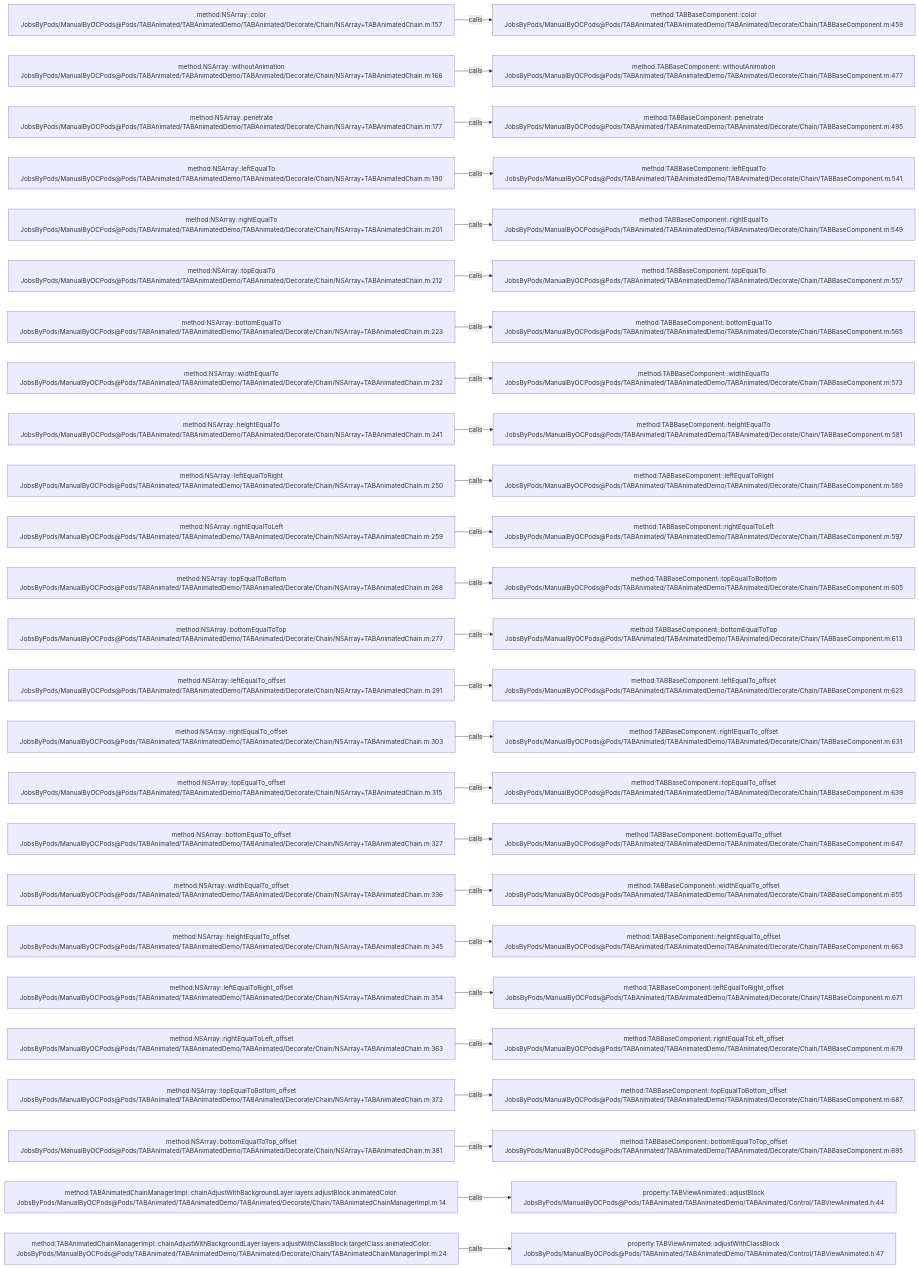
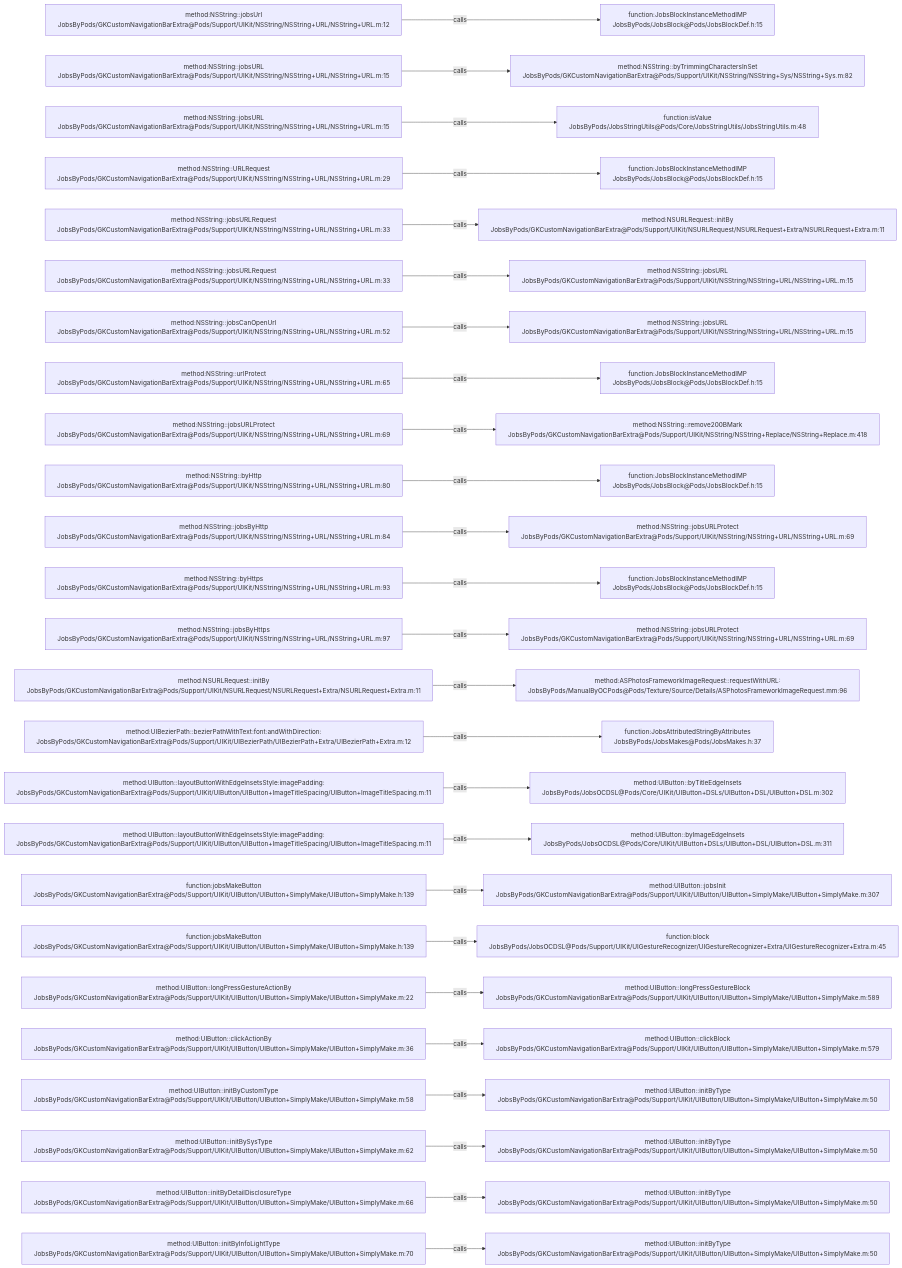
Before and after one commit to JobsKits/JobsOCBaseConfigDemo: the diagram in .codegraph/codegraph.md/graphs/calls-020.md, drawn with Mermaid. The commit also changed 768 other files, not shown here.

````diff
--- a/.codegraph/codegraph.md/graphs/calls-020.md
+++ b/.codegraph/codegraph.md/graphs/calls-020.md
@@ -13,78 +13,78 @@
 ```mermaid
 flowchart LR
-  S1["method:NSArray::color<br/>JobsByPods/ManualByOCPods@Pods/TABAnimated/TABAnimatedDemo/TABAnimated/Decorate/Chain/NSArray+TABAnimatedChain.m:157"]
-  T1["method:TABBaseComponent::color<br/>JobsByPods/ManualByOCPods@Pods/TABAnimated/TABAnimatedDemo/TABAnimated/Decorate/Chain/TABBaseComponent.m:459"]
+  S1["method:NSString::jobsUrl<br/>JobsByPods/GKCustomNavigationBarExtra@Pods/Support/UIKit/NSString/NSString+URL/NSString+URL.m:12"]
+  T1["function:JobsBlockInstanceMethodIMP<br/>JobsByPods/JobsBlock@Pods/JobsBlockDef.h:15"]
   S1 -->|calls| T1
-  S2["method:NSArray::withoutAnimation<br/>JobsByPods/ManualByOCPods@Pods/TABAnimated/TABAnimatedDemo/TABAnimated/Decorate/Chain/NSArray+TABAnimatedChain.m:166"]
-  T2["method:TABBaseComponent::withoutAnimation<br/>JobsByPods/ManualByOCPods@Pods/TABAnimated/TABAnimatedDemo/TABAnimated/Decorate/Chain/TABBaseComponent.m:477"]
+  S2["method:NSString::jobsURL<br/>JobsByPods/GKCustomNavigationBarExtra@Pods/Support/UIKit/NSString/NSString+URL/NSString+URL.m:15"]
+  T2["method:NSString::byTrimmingCharactersInSet<br/>JobsByPods/GKCustomNavigationBarExtra@Pods/Support/UIKit/NSString/NSString+Sys/NSString+Sys.m:82"]
   S2 -->|calls| T2
-  S3["method:NSArray::penetrate<br/>JobsByPods/ManualByOCPods@Pods/TABAnimated/TABAnimatedDemo/TABAnimated/Decorate/Chain/NSArray+TABAnimatedChain.m:177"]
-  T3["method:TABBaseComponent::penetrate<br/>JobsByPods/ManualByOCPods@Pods/TABAnimated/TABAnimatedDemo/TABAnimated/Decorate/Chain/TABBaseComponent.m:495"]
+  S3["method:NSString::jobsURL<br/>JobsByPods/GKCustomNavigationBarExtra@Pods/Support/UIKit/NSString/NSString+URL/NSString+URL.m:15"]
+  T3["function:isValue<br/>JobsByPods/JobsStringUtils@Pods/Core/JobsStringUtils/JobsStringUtils.m:48"]
   S3 -->|calls| T3
-  S4["method:NSArray::leftEqualTo<br/>JobsByPods/ManualByOCPods@Pods/TABAnimated/TABAnimatedDemo/TABAnimated/Decorate/Chain/NSArray+TABAnimatedChain.m:190"]
-  T4["method:TABBaseComponent::leftEqualTo<br/>JobsByPods/ManualByOCPods@Pods/TABAnimated/TABAnimatedDemo/TABAnimated/Decorate/Chain/TABBaseComponent.m:541"]
+  S4["method:NSString::URLRequest<br/>JobsByPods/GKCustomNavigationBarExtra@Pods/Support/UIKit/NSString/NSString+URL/NSString+URL.m:29"]
+  T4["function:JobsBlockInstanceMethodIMP<br/>JobsByPods/JobsBlock@Pods/JobsBlockDef.h:15"]
   S4 -->|calls| T4
-  S5["method:NSArray::rightEqualTo<br/>JobsByPods/ManualByOCPods@Pods/TABAnimated/TABAnimatedDemo/TABAnimated/Decorate/Chain/NSArray+TABAnimatedChain.m:201"]
-  T5["method:TABBaseComponent::rightEqualTo<br/>JobsByPods/ManualByOCPods@Pods/TABAnimated/TABAnimatedDemo/TABAnimated/Decorate/Chain/TABBaseComponent.m:549"]
+  S5["method:NSString::jobsURLRequest<br/>JobsByPods/GKCustomNavigationBarExtra@Pods/Support/UIKit/NSString/NSString+URL/NSString+URL.m:33"]
+  T5["method:NSURLRequest::initBy<br/>JobsByPods/GKCustomNavigationBarExtra@Pods/Support/UIKit/NSURLRequest/NSURLRequest+Extra/NSURLRequest+Extra.m:11"]
   S5 -->|calls| T5
-  S6["method:NSArray::topEqualTo<br/>JobsByPods/ManualByOCPods@Pods/TABAnimated/TABAnimatedDemo/TABAnimated/Decorate/Chain/NSArray+TABAnimatedChain.m:212"]
-  T6["method:TABBaseComponent::topEqualTo<br/>JobsByPods/ManualByOCPods@Pods/TABAnimated/TABAnimatedDemo/TABAnimated/Decorate/Chain/TABBaseComponent.m:557"]
+  S6["method:NSString::jobsURLRequest<br/>JobsByPods/GKCustomNavigationBarExtra@Pods/Support/UIKit/NSString/NSString+URL/NSString+URL.m:33"]
+  T6["method:NSString::jobsURL<br/>JobsByPods/GKCustomNavigationBarExtra@Pods/Support/UIKit/NSString/NSString+URL/NSString+URL.m:15"]
   S6 -->|calls| T6
-  S7["method:NSArray::bottomEqualTo<br/>JobsByPods/ManualByOCPods@Pods/TABAnimated/TABAnimatedDemo/TABAnimated/Decorate/Chain/NSArray+TABAnimatedChain.m:223"]
-  T7["method:TABBaseComponent::bottomEqualTo<br/>JobsByPods/ManualByOCPods@Pods/TABAnimated/TABAnimatedDemo/TABAnimated/Decorate/Chain/TABBaseComponent.m:565"]
+  S7["method:NSString::jobsCanOpenUrl<br/>JobsByPods/GKCustomNavigationBarExtra@Pods/Support/UIKit/NSString/NSString+URL/NSString+URL.m:52"]
+  T7["method:NSString::jobsURL<br/>JobsByPods/GKCustomNavigationBarExtra@Pods/Support/UIKit/NSString/NSString+URL/NSString+URL.m:15"]
   S7 -->|calls| T7
-  S8["method:NSArray::widthEqualTo<br/>JobsByPods/ManualByOCPods@Pods/TABAnimated/TABAnimatedDemo/TABAnimated/Decorate/Chain/NSArray+TABAnimatedChain.m:232"]
-  T8["method:TABBaseComponent::widthEqualTo<br/>JobsByPods/ManualByOCPods@Pods/TABAnimated/TABAnimatedDemo/TABAnimated/Decorate/Chain/TABBaseComponent.m:573"]
+  S8["method:NSString::urlProtect<br/>JobsByPods/GKCustomNavigationBarExtra@Pods/Support/UIKit/NSString/NSString+URL/NSString+URL.m:65"]
+  T8["function:JobsBlockInstanceMethodIMP<br/>JobsByPods/JobsBlock@Pods/JobsBlockDef.h:15"]
   S8 -->|calls| T8
-  S9["method:NSArray::heightEqualTo<br/>JobsByPods/ManualByOCPods@Pods/TABAnimated/TABAnimatedDemo/TABAnimated/Decorate/Chain/NSArray+TABAnimatedChain.m:241"]
-  T9["method:TABBaseComponent::heightEqualTo<br/>JobsByPods/ManualByOCPods@Pods/TABAnimated/TABAnimatedDemo/TABAnimated/Decorate/Chain/TABBaseComponent.m:581"]
+  S9["method:NSString::jobsURLProtect<br/>JobsByPods/GKCustomNavigationBarExtra@Pods/Support/UIKit/NSString/NSString+URL/NSString+URL.m:69"]
+  T9["method:NSString::remove200BMark<br/>JobsByPods/GKCustomNavigationBarExtra@Pods/Support/UIKit/NSString/NSString+Replace/NSString+Replace.m:418"]
   S9 -->|calls| T9
-  S10["method:NSArray::leftEqualToRight<br/>JobsByPods/ManualByOCPods@Pods/TABAnimated/TABAnimatedDemo/TABAnimated/Decorate/Chain/NSArray+TABAnimatedChain.m:250"]
-  T10["method:TABBaseComponent::leftEqualToRight<br/>JobsByPods/ManualByOCPods@Pods/TABAnimated/TABAnimatedDemo/TABAnimated/Decorate/Chain/TABBaseComponent.m:589"]
+  S10["method:NSString::byHttp<br/>JobsByPods/GKCustomNavigationBarExtra@Pods/Support/UIKit/NSString/NSString+URL/NSString+URL.m:80"]
+  T10["function:JobsBlockInstanceMethodIMP<br/>JobsByPods/JobsBlock@Pods/JobsBlockDef.h:15"]
   S10 -->|calls| T10
-  S11["method:NSArray::rightEqualToLeft<br/>JobsByPods/ManualByOCPods@Pods/TABAnimated/TABAnimatedDemo/TABAnimated/Decorate/Chain/NSArray+TABAnimatedChain.m:259"]
-  T11["method:TABBaseComponent::rightEqualToLeft<br/>JobsByPods/ManualByOCPods@Pods/TABAnimated/TABAnimatedDemo/TABAnimated/Decorate/Chain/TABBaseComponent.m:597"]
+  S11["method:NSString::jobsByHttp<br/>JobsByPods/GKCustomNavigationBarExtra@Pods/Support/UIKit/NSString/NSString+URL/NSString+URL.m:84"]
+  T11["method:NSString::jobsURLProtect<br/>JobsByPods/GKCustomNavigationBarExtra@Pods/Support/UIKit/NSString/NSString+URL/NSString+URL.m:69"]
   S11 -->|calls| T11
-  S12["method:NSArray::topEqualToBottom<br/>JobsByPods/ManualByOCPods@Pods/TABAnimated/TABAnimatedDemo/TABAnimated/Decorate/Chain/NSArray+TABAnimatedChain.m:268"]
-  T12["method:TABBaseComponent::topEqualToBottom<br/>JobsByPods/ManualByOCPods@Pods/TABAnimated/TABAnimatedDemo/TABAnimated/Decorate/Chain/TABBaseComponent.m:605"]
+  S12["method:NSString::byHttps<br/>JobsByPods/GKCustomNavigationBarExtra@Pods/Support/UIKit/NSString/NSString+URL/NSString+URL.m:93"]
+  T12["function:JobsBlockInstanceMethodIMP<br/>JobsByPods/JobsBlock@Pods/JobsBlockDef.h:15"]
   S12 -->|calls| T12
-  S13["method:NSArray::bottomEqualToTop<br/>JobsByPods/ManualByOCPods@Pods/TABAnimated/TABAnimatedDemo/TABAnimated/Decorate/Chain/NSArray+TABAnimatedChain.m:277"]
-  T13["method:TABBaseComponent::bottomEqualToTop<br/>JobsByPods/ManualByOCPods@Pods/TABAnimated/TABAnimatedDemo/TABAnimated/Decorate/Chain/TABBaseComponent.m:613"]
+  S13["method:NSString::jobsByHttps<br/>JobsByPods/GKCustomNavigationBarExtra@Pods/Support/UIKit/NSString/NSString+URL/NSString+URL.m:97"]
+  T13["method:NSString::jobsURLProtect<br/>JobsByPods/GKCustomNavigationBarExtra@Pods/Support/UIKit/NSString/NSString+URL/NSString+URL.m:69"]
   S13 -->|calls| T13
-  S14["method:NSArray::leftEqualTo_offset<br/>JobsByPods/ManualByOCPods@Pods/TABAnimated/TABAnimatedDemo/TABAnimated/Decorate/Chain/NSArray+TABAnimatedChain.m:291"]
-  T14["method:TABBaseComponent::leftEqualTo_offset<br/>JobsByPods/ManualByOCPods@Pods/TABAnimated/TABAnimatedDemo/TABAnimated/Decorate/Chain/TABBaseComponent.m:623"]
+  S14["method:NSURLRequest::initBy<br/>JobsByPods/GKCustomNavigationBarExtra@Pods/Support/UIKit/NSURLRequest/NSURLRequest+Extra/NSURLRequest+Extra.m:11"]
+  T14["method:ASPhotosFrameworkImageRequest::requestWithURL:<br/>JobsByPods/ManualByOCPods@Pods/Texture/Source/Details/ASPhotosFrameworkImageRequest.mm:96"]
   S14 -->|calls| T14
-  S15["method:NSArray::rightEqualTo_offset<br/>JobsByPods/ManualByOCPods@Pods/TABAnimated/TABAnimatedDemo/TABAnimated/Decorate/Chain/NSArray+TABAnimatedChain.m:303"]
-  T15["method:TABBaseComponent::rightEqualTo_offset<br/>JobsByPods/ManualByOCPods@Pods/TABAnimated/TABAnimatedDemo/TABAnimated/Decorate/Chain/TABBaseComponent.m:631"]
+  S15["method:UIBezierPath::bezierPathWithText:font:andWithDirection:<br/>JobsByPods/GKCustomNavigationBarExtra@Pods/Support/UIKit/UIBezierPath/UIBezierPath+Extra/UIBezierPath+Extra.m:12"]
+  T15["function:JobsAttributedStringByAttributes<br/>JobsByPods/JobsMakes@Pods/JobsMakes.h:37"]
   S15 -->|calls| T15
-  S16["method:NSArray::topEqualTo_offset<br/>JobsByPods/ManualByOCPods@Pods/TABAnimated/TABAnimatedDemo/TABAnimated/Decorate/Chain/NSArray+TABAnimatedChain.m:315"]
-  T16["method:TABBaseComponent::topEqualTo_offset<br/>JobsByPods/ManualByOCPods@Pods/TABAnimated/TABAnimatedDemo/TABAnimated/Decorate/Chain/TABBaseComponent.m:639"]
+  S16["method:UIButton::layoutButtonWithEdgeInsetsStyle:imagePadding:<br/>JobsByPods/GKCustomNavigationBarExtra@Pods/Support/UIKit/UIButton/UIButton+ImageTitleSpacing/UIButton+ImageTitleSpacing.m:11"]
+  T16["method:UIButton::byTitleEdgeInsets<br/>JobsByPods/JobsOCDSL@Pods/Core/UIKit/UIButton+DSLs/UIButton+DSL/UIButton+DSL.m:302"]
   S16 -->|calls| T16
-  S17["method:NSArray::bottomEqualTo_offset<br/>JobsByPods/ManualByOCPods@Pods/TABAnimated/TABAnimatedDemo/TABAnimated/Decorate/Chain/NSArray+TABAnimatedChain.m:327"]
-  T17["method:TABBaseComponent::bottomEqualTo_offset<br/>JobsByPods/ManualByOCPods@Pods/TABAnimated/TABAnimatedDemo/TABAnimated/Decorate/Chain/TABBaseComponent.m:647"]
+  S17["method:UIButton::layoutButtonWithEdgeInsetsStyle:imagePadding:<br/>JobsByPods/GKCustomNavigationBarExtra@Pods/Support/UIKit/UIButton/UIButton+ImageTitleSpacing/UIButton+ImageTitleSpacing.m:11"]
+  T17["method:UIButton::byImageEdgeInsets<br/>JobsByPods/JobsOCDSL@Pods/Core/UIKit/UIButton+DSLs/UIButton+DSL/UIButton+DSL.m:311"]
   S17 -->|calls| T17
-  S18["method:NSArray::widthEqualTo_offset<br/>JobsByPods/ManualByOCPods@Pods/TABAnimated/TABAnimatedDemo/TABAnimated/Decorate/Chain/NSArray+TABAnimatedChain.m:336"]
-  T18["method:TABBaseComponent::widthEqualTo_offset<br/>JobsByPods/ManualByOCPods@Pods/TABAnimated/TABAnimatedDemo/TABAnimated/Decorate/Chain/TABBaseComponent.m:655"]
+  S18["function:jobsMakeButton<br/>JobsByPods/GKCustomNavigationBarExtra@Pods/Support/UIKit/UIButton/UIButton+SimplyMake/UIButton+SimplyMake.h:139"]
+  T18["method:UIButton::jobsInit<br/>JobsByPods/GKCustomNavigationBarExtra@Pods/Support/UIKit/UIButton/UIButton+SimplyMake/UIButton+SimplyMake.m:307"]
   S18 -->|calls| T18
-  S19["method:NSArray::heightEqualTo_offset<br/>JobsByPods/ManualByOCPods@Pods/TABAnimated/TABAnimatedDemo/TABAnimated/Decorate/Chain/NSArray+TABAnimatedChain.m:345"]
-  T19["method:TABBaseComponent::heightEqualTo_offset<br/>JobsByPods/ManualByOCPods@Pods/TABAnimated/TABAnimatedDemo/TABAnimated/Decorate/Chain/TABBaseComponent.m:663"]
+  S19["function:jobsMakeButton<br/>JobsByPods/GKCustomNavigationBarExtra@Pods/Support/UIKit/UIButton/UIButton+SimplyMake/UIButton+SimplyMake.h:139"]
+  T19["function:block<br/>JobsByPods/JobsOCDSL@Pods/Support/UIKit/UIGestureRecognizer/UIGestureRecognizer+Extra/UIGestureRecognizer+Extra.m:45"]
   S19 -->|calls| T19
-  S20["method:NSArray::leftEqualToRight_offset<br/>JobsByPods/ManualByOCPods@Pods/TABAnimated/TABAnimatedDemo/TABAnimated/Decorate/Chain/NSArray+TABAnimatedChain.m:354"]
-  T20["method:TABBaseComponent::leftEqualToRight_offset<br/>JobsByPods/ManualByOCPods@Pods/TABAnimated/TABAnimatedDemo/TABAnimated/Decorate/Chain/TABBaseComponent.m:671"]
+  S20["method:UIButton::longPressGestureActionBy<br/>JobsByPods/GKCustomNavigationBarExtra@Pods/Support/UIKit/UIButton/UIButton+SimplyMake/UIButton+SimplyMake.m:22"]
+  T20["method:UIButton::longPressGestureBlock<br/>JobsByPods/GKCustomNavigationBarExtra@Pods/Support/UIKit/UIButton/UIButton+SimplyMake/UIButton+SimplyMake.m:589"]
   S20 -->|calls| T20
-  S21["method:NSArray::rightEqualToLeft_offset<br/>JobsByPods/ManualByOCPods@Pods/TABAnimated/TABAnimatedDemo/TABAnimated/Decorate/Chain/NSArray+TABAnimatedChain.m:363"]
-  T21["method:TABBaseComponent::rightEqualToLeft_offset<br/>JobsByPods/ManualByOCPods@Pods/TABAnimated/TABAnimatedDemo/TABAnimated/Decorate/Chain/TABBaseComponent.m:679"]
+  S21["method:UIButton::clickActionBy<br/>JobsByPods/GKCustomNavigationBarExtra@Pods/Support/UIKit/UIButton/UIButton+SimplyMake/UIButton+SimplyMake.m:36"]
+  T21["method:UIButton::clickBlock<br/>JobsByPods/GKCustomNavigationBarExtra@Pods/Support/UIKit/UIButton/UIButton+SimplyMake/UIButton+SimplyMake.m:579"]
   S21 -->|calls| T21
-  S22["method:NSArray::topEqualToBottom_offset<br/>JobsByPods/ManualByOCPods@Pods/TABAnimated/TABAnimatedDemo/TABAnimated/Decorate/Chain/NSArray+TABAnimatedChain.m:372"]
-  T22["method:TABBaseComponent::topEqualToBottom_offset<br/>JobsByPods/ManualByOCPods@Pods/TABAnimated/TABAnimatedDemo/TABAnimated/Decorate/Chain/TABBaseComponent.m:687"]
+  S22["method:UIButton::initByCustomType<br/>JobsByPods/GKCustomNavigationBarExtra@Pods/Support/UIKit/UIButton/UIButton+SimplyMake/UIButton+SimplyMake.m:58"]
+  T22["method:UIButton::initByType<br/>JobsByPods/GKCustomNavigationBarExtra@Pods/Support/UIKit/UIButton/UIButton+SimplyMake/UIButton+SimplyMake.m:50"]
   S22 -->|calls| T22
-  S23["method:NSArray::bottomEqualToTop_offset<br/>JobsByPods/ManualByOCPods@Pods/TABAnimated/TABAnimatedDemo/TABAnimated/Decorate/Chain/NSArray+TABAnimatedChain.m:381"]
-  T23["method:TABBaseComponent::bottomEqualToTop_offset<br/>JobsByPods/ManualByOCPods@Pods/TABAnimated/TABAnimatedDemo/TABAnimated/Decorate/Chain/TABBaseComponent.m:695"]
+  S23["method:UIButton::initBySysType<br/>JobsByPods/GKCustomNavigationBarExtra@Pods/Support/UIKit/UIButton/UIButton+SimplyMake/UIButton+SimplyMake.m:62"]
+  T23["method:UIButton::initByType<br/>JobsByPods/GKCustomNavigationBarExtra@Pods/Support/UIKit/UIButton/UIButton+SimplyMake/UIButton+SimplyMake.m:50"]
   S23 -->|calls| T23
-  S24["method:TABAnimatedChainManagerImpl::chainAdjustWithBackgroundLayer:layers:adjustBlock:animatedColor:<br/>JobsByPods/ManualByOCPods@Pods/TABAnimated/TABAnimatedDemo/TABAnimated/Decorate/Chain/TABAnimatedChainManagerImpl.m:14"]
-  T24["property:TABViewAnimated::adjustBlock<br/>JobsByPods/ManualByOCPods@Pods/TABAnimated/TABAnimatedDemo/TABAnimated/Control/TABViewAnimated.h:44"]
+  S24["method:UIButton::initByDetailDisclosureType<br/>JobsByPods/GKCustomNavigationBarExtra@Pods/Support/UIKit/UIButton/UIButton+SimplyMake/UIButton+SimplyMake.m:66"]
+  T24["method:UIButton::initByType<br/>JobsByPods/GKCustomNavigationBarExtra@Pods/Support/UIKit/UIButton/UIButton+SimplyMake/UIButton+SimplyMake.m:50"]
   S24 -->|calls| T24
-  S25["method:TABAnimatedChainManagerImpl::chainAdjustWithBackgroundLayer:layers:adjustWithClassBlock:targetClass:animatedColor:<br/>JobsByPods/ManualByOCPods@Pods/TABAnimated/TABAnimatedDemo/TABAnimated/Decorate/Chain/TABAnimatedChainManagerImpl.m:24"]
-  T25["property:TABViewAnimated::adjustWithClassBlock<br/>JobsByPods/ManualByOCPods@Pods/TABAnimated/TABAnimatedDemo/TABAnimated/Control/TABViewAnimated.h:47"]
+  S25["method:UIButton::initByInfoLightType<br/>JobsByPods/GKCustomNavigationBarExtra@Pods/Support/UIKit/UIButton/UIButton+SimplyMake/UIButton+SimplyMake.m:70"]
+  T25["method:UIButton::initByType<br/>JobsByPods/GKCustomNavigationBarExtra@Pods/Support/UIKit/UIButton/UIButton+SimplyMake/UIButton+SimplyMake.m:50"]
   S25 -->|calls| T25
 ```
````
